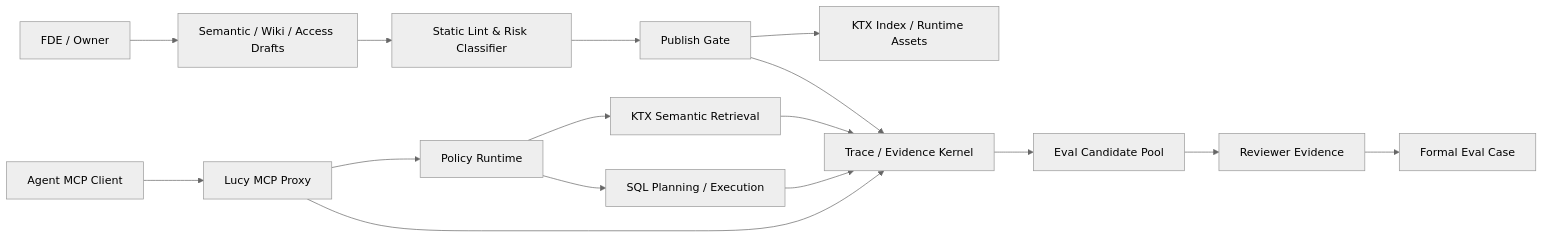
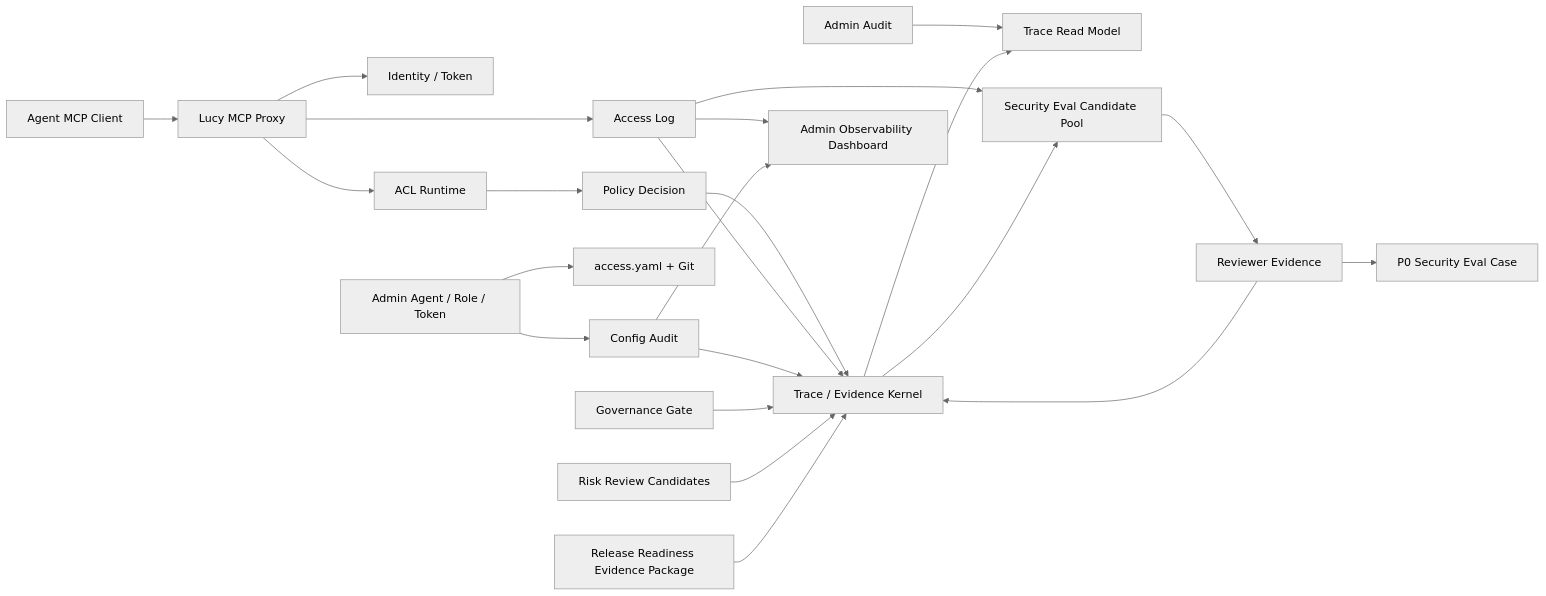
One commit to Forrest219/project-lucy changed the diagram in docs/lucy-202608-reliable-delivery-upgrade-spec.md. Above: the diagram before and after it, drawn with Mermaid (neutral theme). The commit also changed other lines of this file and 10 other files, not shown here.

````diff
--- a/docs/lucy-202608-reliable-delivery-upgrade-spec.md
+++ b/docs/lucy-202608-reliable-delivery-upgrade-spec.md
@@ -58,18 +61,25 @@
 ```mermaid
 flowchart LR
-  A["FDE / Owner"] --> B["Semantic / Wiki / Access Drafts"]
-  B --> C["Static Lint & Risk Classifier"]
-  C --> D["Publish Gate"]
-  D --> E["KTX Index / Runtime Assets"]
-  F["Agent MCP Client"] --> G["Lucy MCP Proxy"]
-  G --> H["Policy Runtime"]
-  H --> I["KTX Semantic Retrieval"]
-  H --> J["SQL Planning / Execution"]
-  I --> K["Trace / Evidence Kernel"]
-  J --> K
-  G --> K
-  D --> K
-  K --> L["Eval Candidate Pool"]
-  L --> M["Reviewer Evidence"]
-  M --> N["Formal Eval Case"]
+  A["Agent MCP Client"] --> B["Lucy MCP Proxy"]
+  B --> C["Identity / Token"]
+  B --> D["ACL Runtime"]
+  D --> E["Policy Decision"]
+  B --> F["Access Log"]
+  E --> G["Trace / Evidence Kernel"]
+  F --> G
+  H["Admin Agent / Role / Token"] --> I["access.yaml + Git"]
+  H --> J["Config Audit"]
+  J --> G
+  K["Admin Audit"] --> L["Trace Read Model"]
+  G --> L
+  F --> M["Admin Observability Dashboard"]
+  J --> M
+  F --> N["Security Eval Candidate Pool"]
+  G --> N
+  N --> O["Reviewer Evidence"]
+  O --> P["P0 Security Eval Case"]
+  O --> G
+  Q["Governance Gate"] --> G
+  T["Risk Review Candidates"] --> G
+  U["Release Readiness Evidence Package"] --> G
 ```
````
